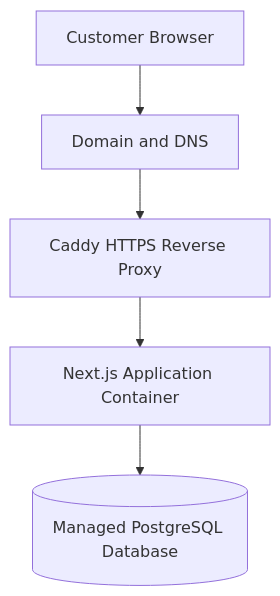
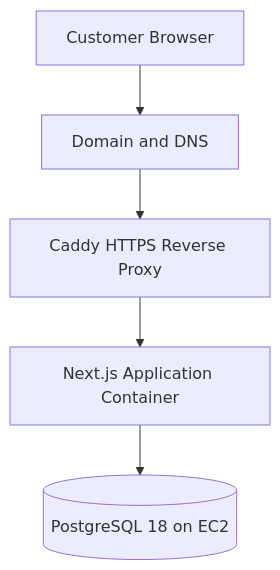
One commit to Thiranjshan/CelizLK changed the first of 2 diagrams in README.md. Above: the diagram before and after it, drawn with Mermaid. The commit also changed other lines of this file and 34 other files, not shown here.

Commit message:
Prepare AWS deployment and PostgreSQL backup tooling

````diff
--- a/README.md
+++ b/README.md
@@ -118,7 +118,7 @@
 ```mermaid
 flowchart TD
     Customer[Customer Browser] --> DNS[Domain and DNS]
     DNS --> Caddy[Caddy HTTPS Reverse Proxy]
     Caddy --> Web[Next.js Application Container]
-    Web --> DB[(Managed PostgreSQL Database)]
+    Web --> DB[(PostgreSQL 18 on EC2)]
 ```
````
